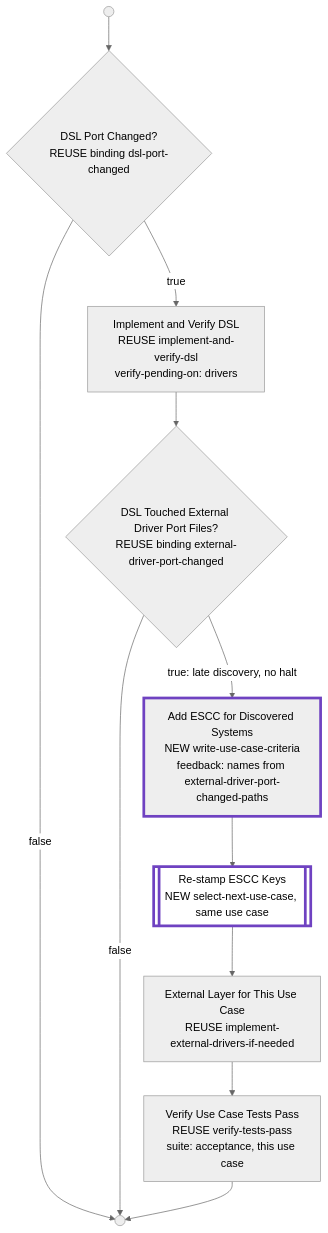
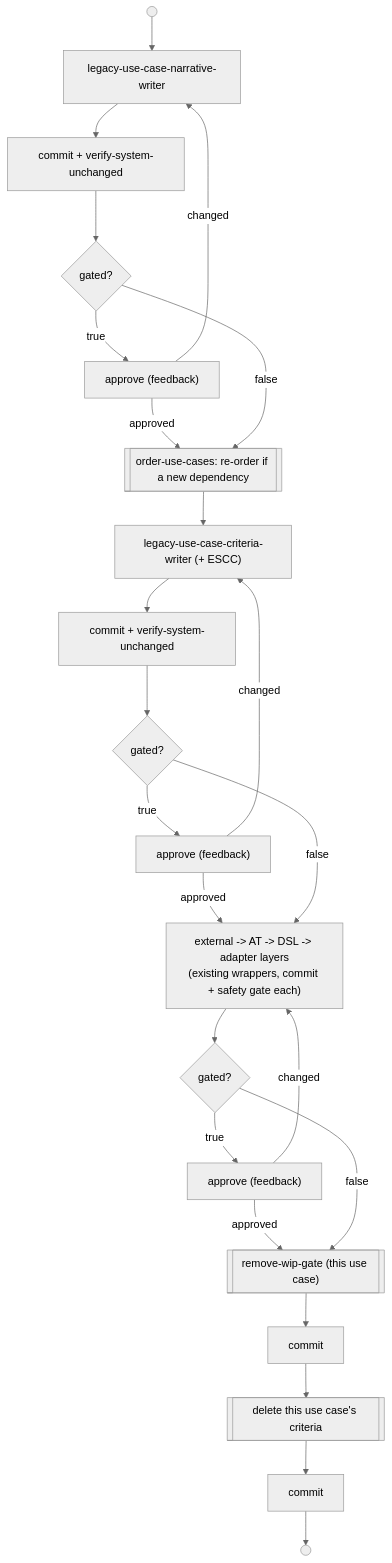
Before and after one commit to optivem/gh-optivem: the second of 6 diagrams in plans/20261110-1130-legacy-baseline-bulk-impl.md, drawn with Mermaid (neutral theme). The commit also changed other lines of this file and 8 other files, not shown here.

First line of the commit message:
characterize Step 3a: operator feedback on approve, passed to redo agents

````diff
--- a/plans/20261110-1130-legacy-baseline-bulk-impl.md
+++ b/plans/20261110-1130-legacy-baseline-bulk-impl.md
@@ -237,24 +154,18 @@
 ```mermaid
 flowchart TD
-    D_START(( ))
-    GW_DSL{"DSL Port Changed?<br/>REUSE binding dsl-port-changed"}
-    DSL["Implement and Verify DSL<br/>REUSE implement-and-verify-dsl<br/>verify-pending-on: drivers"]
-    GW_EXT{"DSL Touched External Driver Port Files?<br/>REUSE binding external-driver-port-changed"}
-    ADD_ESCC["Add ESCC for Discovered Systems<br/>NEW write-use-case-criteria<br/>feedback: names from external-driver-port-changed-paths"]
-    RESTAMP[["Re-stamp ESCC Keys<br/>NEW select-next-use-case, same use case"]]
-    EXT_LAYER["External Layer for This Use Case<br/>REUSE implement-external-drivers-if-needed"]
-    VERIFY_AT["Verify Use Case Tests Pass<br/>REUSE verify-tests-pass<br/>suite: acceptance, this use case"]
-    D_END(( ))
-
-    D_START --> GW_DSL
-    GW_DSL -- "false" --> D_END
-    GW_DSL -- "true" --> DSL --> GW_EXT
-    GW_EXT -- "false" --> D_END
-    GW_EXT -- "true: late discovery, no halt" --> ADD_ESCC --> RESTAMP --> EXT_LAYER --> VERIFY_AT --> D_END
-
-    classDef serviceNode fill:#ffffff,stroke:#000000,stroke-width:1px,color:#000000
-    classDef newNode stroke:#6f42c1,stroke-width:4px
-
-    class RESTAMP serviceNode
-    class ADD_ESCC,RESTAMP newNode
+    S(( )) --> NARR["legacy-use-case-narrative-writer"] --> C1["commit + verify-system-unchanged"] --> G1{"gated?"}
+    G1 -- true --> A1["approve (feedback)"]
+    A1 -- changed --> NARR
+    A1 -- approved --> REORDER
+    G1 -- false --> REORDER[["order-use-cases: re-order if a new dependency"]]
+    REORDER --> CRIT["legacy-use-case-criteria-writer (+ ESCC)"] --> C2["commit + verify-system-unchanged"] --> G2{"gated?"}
+    G2 -- true --> A2["approve (feedback)"]
+    A2 -- changed --> CRIT
+    A2 -- approved --> TESTS
+    G2 -- false --> TESTS["external -> AT -> DSL -> adapter layers<br/>(existing wrappers, commit + safety gate each)"]
+    TESTS --> G3{"gated?"}
+    G3 -- true --> A3["approve (feedback)"]
+    A3 -- changed --> TESTS
+    A3 -- approved --> WIP
+    G3 -- false --> WIP[["remove-wip-gate (this use case)"]] --> CW["commit"] --> DEL[["delete this use case's criteria"]] --> CD["commit"] --> E(( ))
 ```
````
